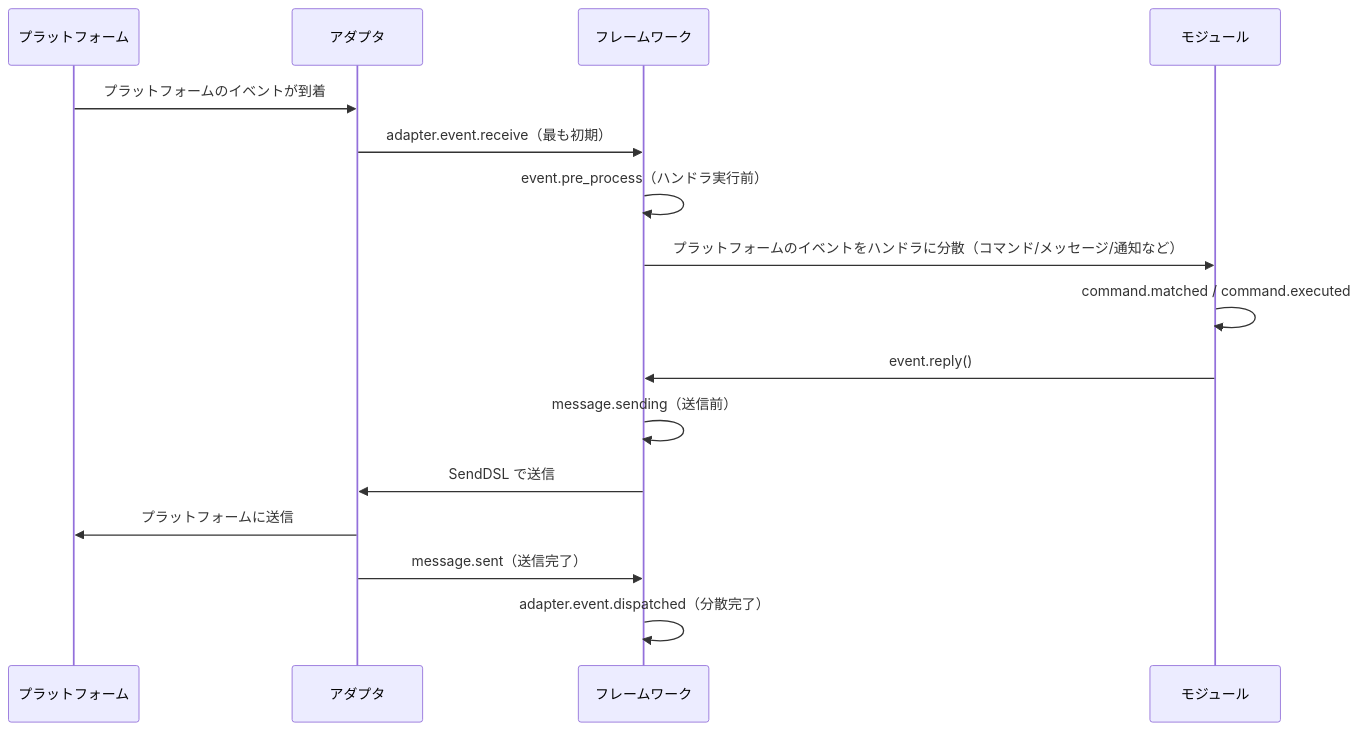
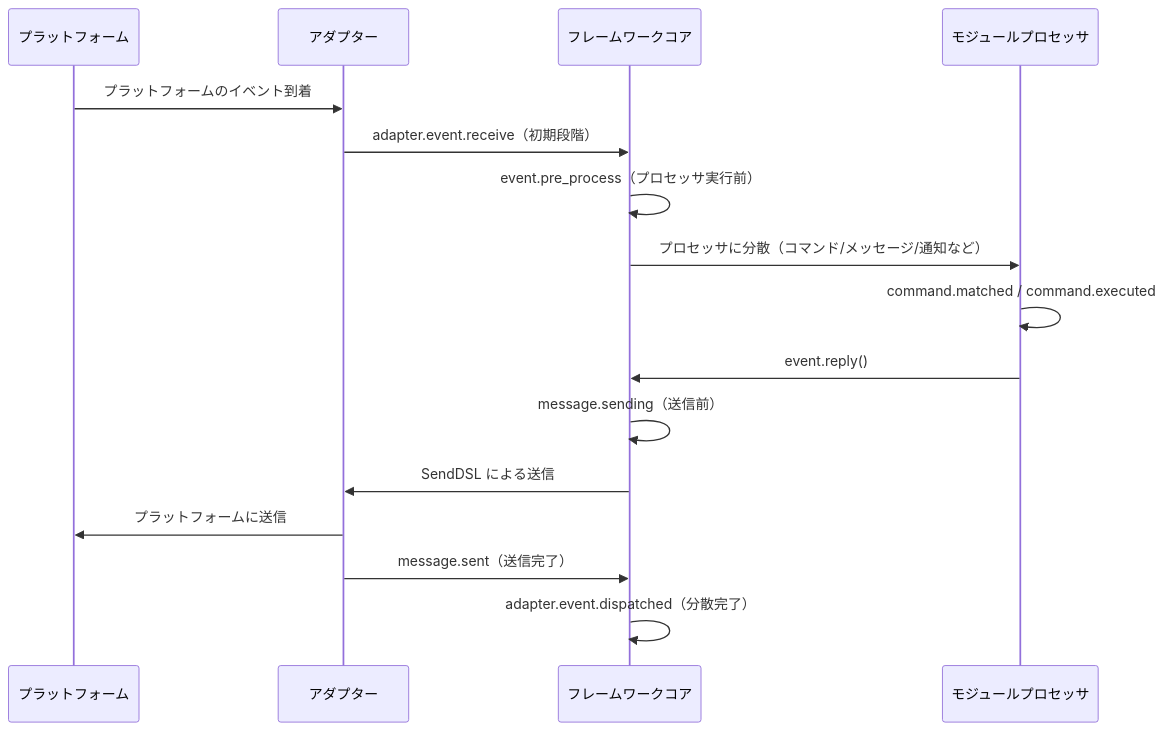
One commit to ErisPulse/ErisPulse changed the diagram in docs/ja/advanced/lifecycle.md. Above: the diagram before and after it, drawn with Mermaid. The commit also changed other lines of this file and 828 other files, not shown here.

````diff
--- a/docs/ja/advanced/lifecycle.md
+++ b/docs/ja/advanced/lifecycle.md
@@ -120,19 +125,19 @@
 ```mermaid
 sequenceDiagram
     participant P as プラットフォーム
-    participant A as アダプタ
-    participant F as フレームワーク
-    participant M as モジュール
+    participant A as アダプター
+    participant F as フレームワークコア
+    participant M as モジュールプロセッサ
 
-    P->>A: プラットフォームのイベントが到着
-    A->>F: adapter.event.receive（最も初期）
-    F->>F: event.pre_process（ハンドラ実行前）
-    F->>M: プラットフォームのイベントをハンドラに分散（コマンド/メッセージ/通知など）
+    P->>A: プラットフォームのイベント到着
+    A->>F: adapter.event.receive（初期段階）
+    F->>F: event.pre_process（プロセッサ実行前）
+    F->>M: プロセッサに分散（コマンド/メッセージ/通知など）
     M->>M: command.matched / command.executed
     M->>F: event.reply()
     F->>F: message.sending（送信前）
-    F->>A: SendDSL で送信
+    F->>A: SendDSL による送信
     A->>P: プラットフォームに送信
     A->>F: message.sent（送信完了）
     F->>F: adapter.event.dispatched（分散完了）
 ```
````
